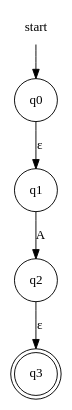
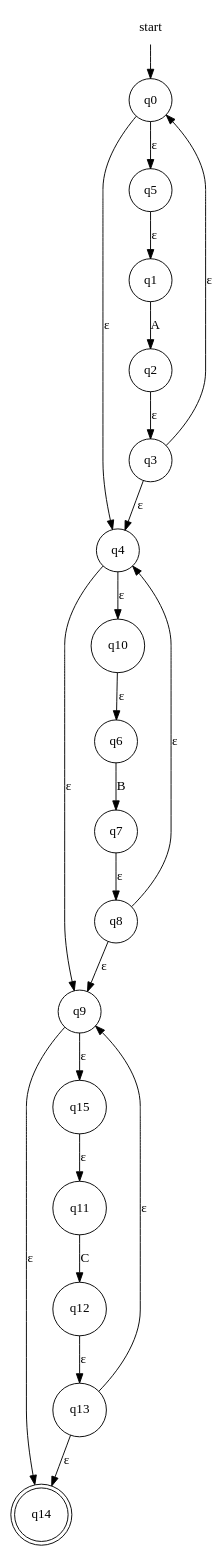
Before and after one commit to evertheylen/TA_TO: the diagram in fase1/RE-eNFA/regex_2.dot, drawn with Graphviz. The commit also changed 22 other files, not shown here.

Commit message:
Regex naar eNFA is nu product quality code, met comments, er is wel 1 conventie voor de input regex nl ==> concateneren moet gebeuren aan de hand van een . git add -A

```diff
--- a/fase1/RE-eNFA/regex_2.dot
+++ b/fase1/RE-eNFA/regex_2.dot
@@ -1,9 +1,27 @@
 digraph automaton {
     node [shape=none]; start;
-    node [shape=doublecircle]; "q3";
+    node [shape=doublecircle]; "q14";
     node [shape=circle];
     start -> "q0";
-    "q0" -> "q1" [label="&epsilon;"];
+    "q0" -> "q4" [label="&epsilon;"];
+    "q0" -> "q5" [label="&epsilon;"];
     "q1" -> "q2" [label="A"];
     "q2" -> "q3" [label="&epsilon;"];
+    "q3" -> "q0" [label="&epsilon;"];
+    "q3" -> "q4" [label="&epsilon;"];
+    "q4" -> "q9" [label="&epsilon;"];
+    "q4" -> "q10" [label="&epsilon;"];
+    "q5" -> "q1" [label="&epsilon;"];
+    "q6" -> "q7" [label="B"];
+    "q7" -> "q8" [label="&epsilon;"];
+    "q8" -> "q4" [label="&epsilon;"];
+    "q8" -> "q9" [label="&epsilon;"];
+    "q9" -> "q14" [label="&epsilon;"];
+    "q9" -> "q15" [label="&epsilon;"];
+    "q10" -> "q6" [label="&epsilon;"];
+    "q11" -> "q12" [label="C"];
+    "q12" -> "q13" [label="&epsilon;"];
+    "q13" -> "q9" [label="&epsilon;"];
+    "q13" -> "q14" [label="&epsilon;"];
+    "q15" -> "q11" [label="&epsilon;"];
 }
```
